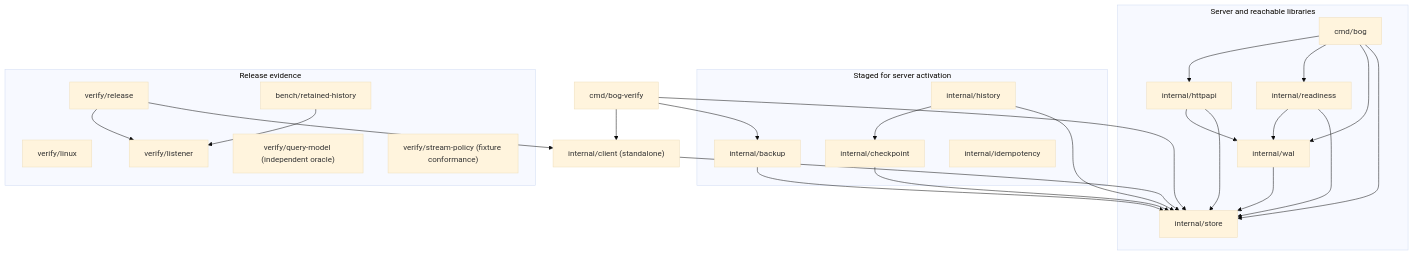
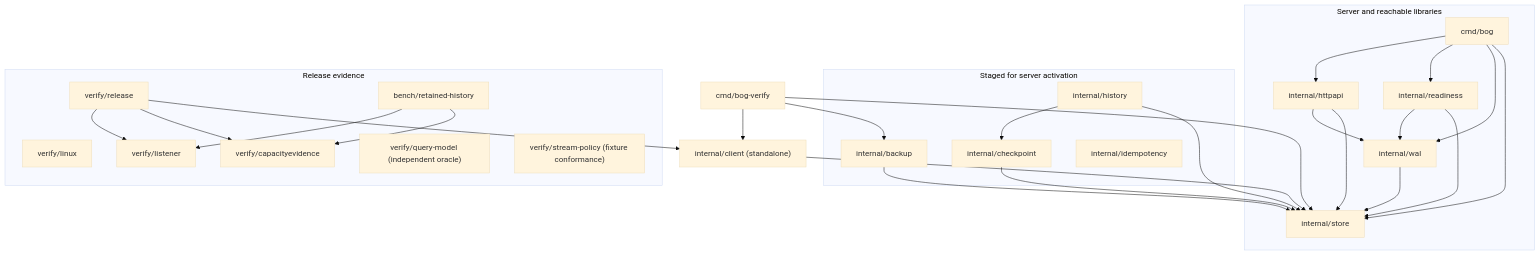
The diagram in docs/architecture/SYSTEM.md (tflynn3/bog), drawn with Mermaid (base theme) before and after one commit. The commit also changed other lines of this file and 3 other files, not shown here.

````diff
--- a/docs/architecture/SYSTEM.md
+++ b/docs/architecture/SYSTEM.md
@@ -29,46 +31,49 @@
 ```mermaid
 flowchart TD
     subgraph Runtime["Server and reachable libraries"]
         Cmd["cmd/bog"]
         HTTP["internal/httpapi"]
         Ready["internal/readiness"]
         WAL["internal/wal"]
         Store["internal/store"]
         Cmd --> HTTP
         Cmd --> Ready
         Cmd --> WAL
         Cmd --> Store
         HTTP --> WAL
         HTTP --> Store
         Ready --> WAL
         Ready --> Store
         WAL --> Store
     end
     Operator["cmd/bog-verify"]
     subgraph Staged["Staged for server activation"]
         Checkpoint["internal/checkpoint"]
         History["internal/history"]
         Backup["internal/backup"]
         Idempotency["internal/idempotency"]
         History --> Checkpoint
     end
     Client["internal/client (standalone)"]
     Checkpoint --> Store
     History --> Store
     Backup --> Store
     Operator --> Backup
     Operator --> Client
     Operator --> Store
     Client --> Store
     subgraph Evidence["Release evidence"]
         Admission["verify/release"]
         Durability["verify/linux"]
         Capacity["bench/retained-history"]
+        CapacityEvidence["verify/capacityevidence"]
         Listener["verify/listener"]
         Model["verify/query-model (independent oracle)"]
         StreamPolicy["verify/stream-policy (fixture conformance)"]
         Admission --> Listener
         Capacity --> Listener
+        Admission --> CapacityEvidence
+        Capacity --> CapacityEvidence
     end
     Admission --> Client
 ```
````
